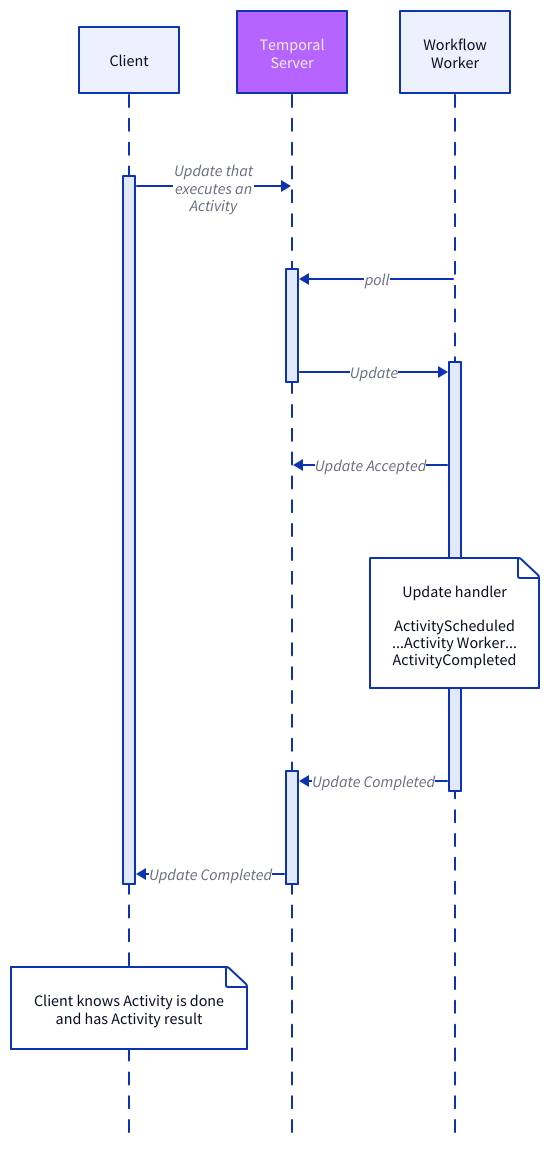
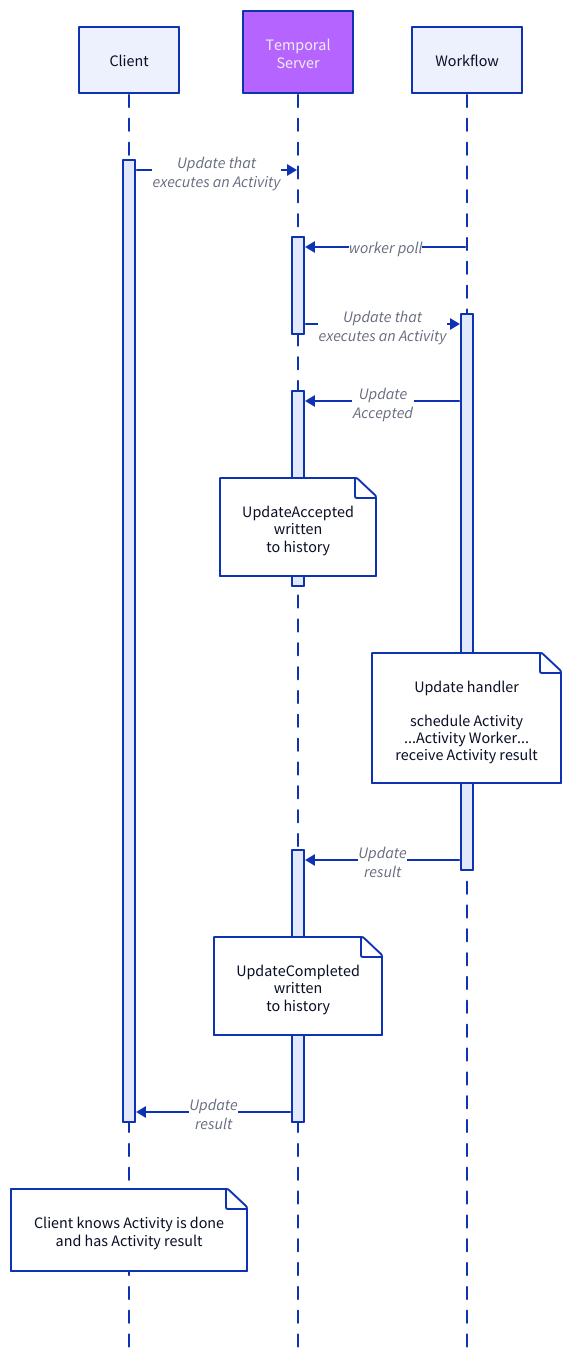
One commit to dandavison/temporalio-notes changed the diagram in diagrams/update-blog-update.d2. Above: the diagram before and after it, drawn with D2. The commit also changed 1 other file, not shown here.

Commit message:
update blog diagrams

```diff
--- a/diagrams/update-blog-update.d2
+++ b/diagrams/update-blog-update.d2
@@ -1,24 +1,26 @@
 shape: sequence_diagram
 
 C: {
   label: Client
 }
 S: {
   label: Temporal\nServer
 }
 W: {
-  label: Workflow\nWorker
+  label: Workflow
 }
 S.style: {
   fill: "#B664FF"
   font-color: "#EEEEEE"
 }
 
-C.1 -> S: Update that\nexecutes an\nActivity
-W -> S.1: poll
-S.1 -> W.1: Update
-W.1 -> S: Update Accepted
-W.1."Update handler\n\nActivityScheduled\n...Activity Worker...\nActivityCompleted"
-W.1 -> S.3: Update Completed
-S.3 -> C.1: Update Completed
+C.1 -> S: Update that\nexecutes an Activity
+W -> S.1: worker poll
+S.1 -> W.1: Update that\nexecutes an Activity
+W.1 -> S.2: Update\nAccepted
+S.2."UpdateAccepted\nwritten\nto history"
+W.1."Update handler\n\nschedule Activity\n...Activity Worker...\nreceive Activity result"
+W.1 -> S.3: Update\nresult
+S.3."UpdateCompleted\nwritten\nto history"
+S.3 -> C.1: Update\nresult
 C."Client knows Activity is done\nand has Activity result"
```
